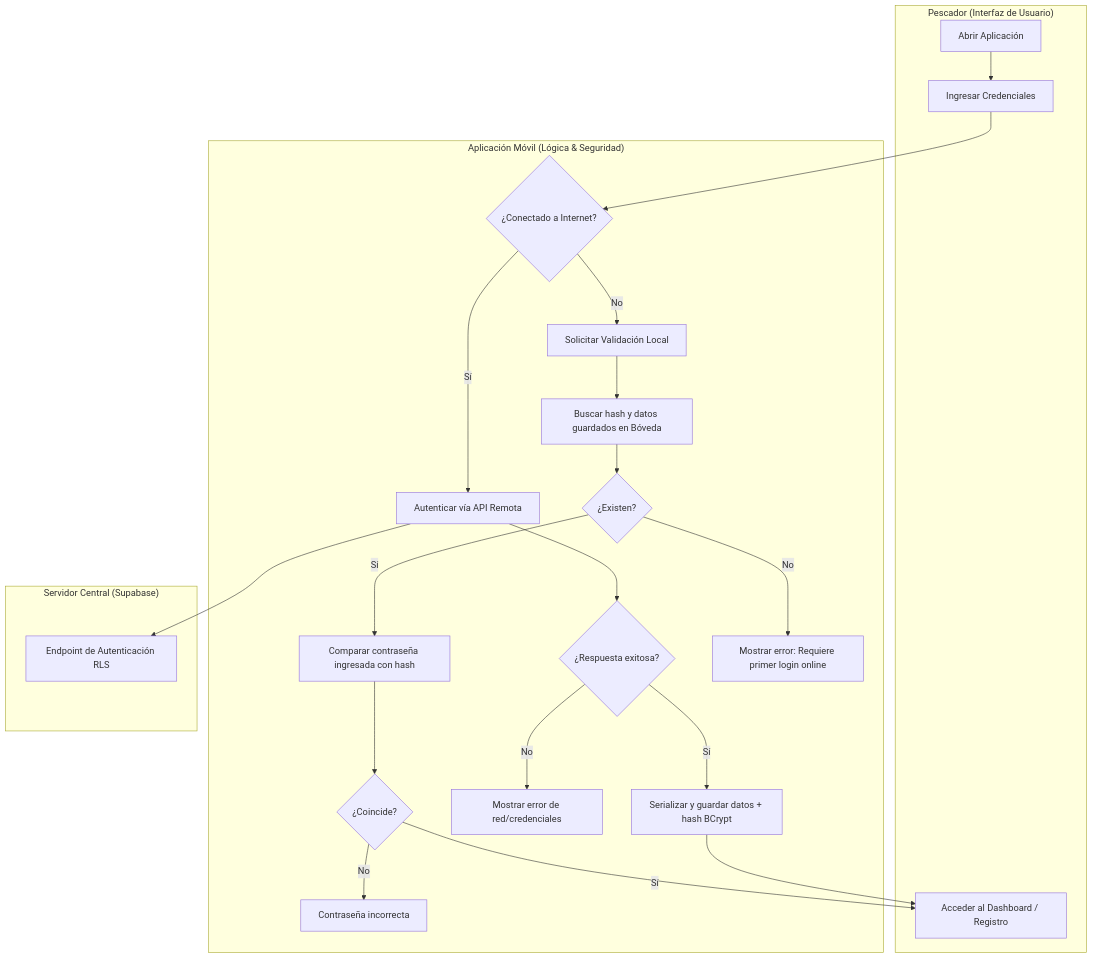
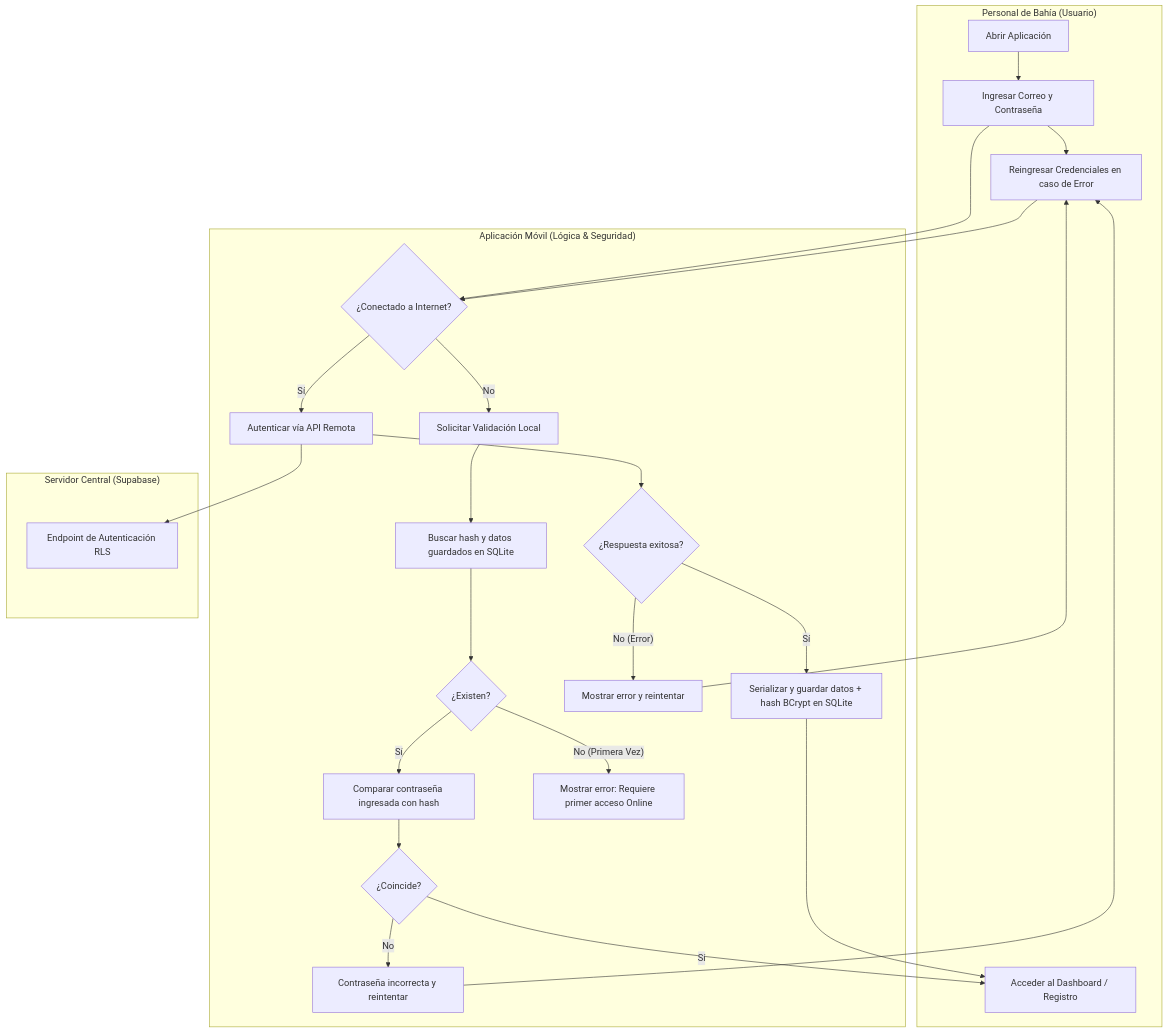
One commit to brismarinatracker-corporation/Brismar changed the diagram in docs/brismar_brain/FLUJO_01_AUTENTICACION_OFFLINE.md. Above: the diagram before and after it, drawn with Mermaid. The commit also changed other lines of this file and 1 other file, not shown here.

Commit message:
docs: corregir actores a Personal de Bahía, credenciales a correo y contraseña, y lógica de bucles en diagramas

````diff
--- a/docs/brismar_brain/FLUJO_01_AUTENTICACION_OFFLINE.md
+++ b/docs/brismar_brain/FLUJO_01_AUTENTICACION_OFFLINE.md
@@ -9,28 +9,32 @@
 ```mermaid
 graph TB
-    subgraph Pescador ["Pescador (Interfaz de Usuario)"]
-        A[Abrir Aplicación] --> B[Ingresar Credenciales]
+    subgraph Bahia ["Personal de Bahía (Usuario)"]
+        A[Abrir Aplicación] --> B[Ingresar Correo y Contraseña]
+        B --> B_Loop[Reingresar Credenciales en caso de Error]
         G[Acceder al Dashboard / Registro]
     end
 
     subgraph AppMobile ["Aplicación Móvil (Lógica & Seguridad)"]
         B --> C{¿Conectado a Internet?}
+        B_Loop --> C
         C -- Sí --> D[Autenticar vía API Remota]
         C -- No --> H[Solicitar Validación Local]
         D --> E{¿Respuesta exitosa?}
-        E -- Sí --> F[Serializar y guardar datos + hash BCrypt]
-        E -- No --> ErrorRemote[Mostrar error de red/credenciales]
-        H --> I[Buscar hash y datos guardados en Bóveda]
+        E -- Sí --> F[Serializar y guardar datos + hash BCrypt en SQLite]
+        E -- No (Error) --> ErrorRemote[Mostrar error y reintentar]
+        ErrorRemote --> B_Loop
+        H --> I[Buscar hash y datos guardados en SQLite]
         I --> J{¿Existen?}
         J -- Sí --> K[Comparar contraseña ingresada con hash]
-        J -- No --> ErrorOffline[Mostrar error: Requiere primer login online]
+        J -- No (Primera Vez) --> ErrorOffline[Mostrar error: Requiere primer acceso Online]
         K --> L{¿Coincide?}
         L -- Sí --> G
-        L -- No --> ErrorPass[Contraseña incorrecta]
+        L -- No --> ErrorPass[Contraseña incorrecta y reintentar]
+        ErrorPass --> B_Loop
         F --> G
     end
 
     subgraph Supabase ["Servidor Central (Supabase)"]
         D --> AuthEndpoint["Endpoint de Autenticación RLS"]
     end
 ```
````
